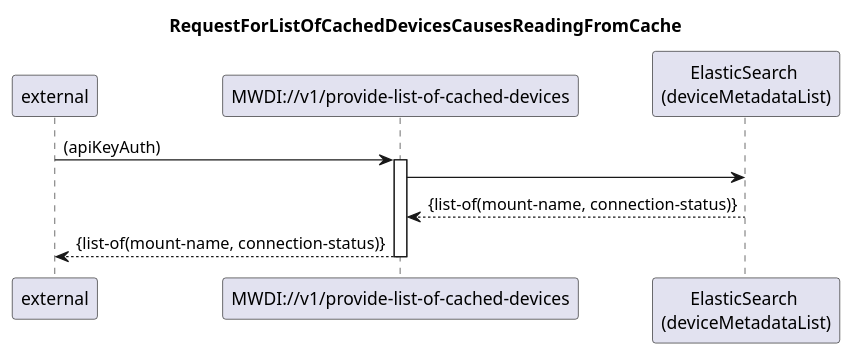
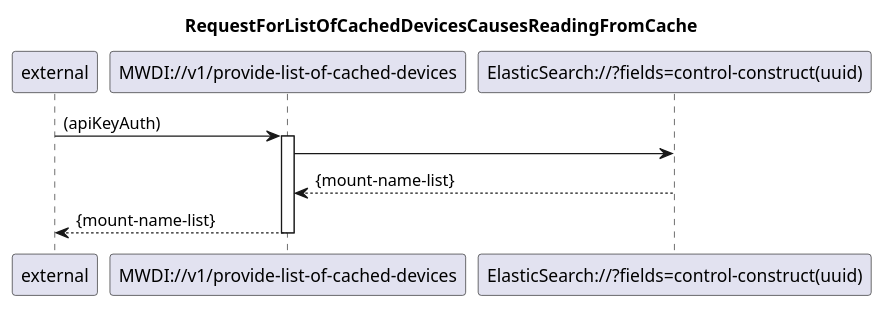
The diagram in spec/diagrams/110_ProvideListOfCachedDevices.plantuml (openBackhaul/MicroWaveDeviceInventory), drawn with PlantUML before and after one commit. The commit also changed other lines of this file and 6 other files, not shown here.

```diff
--- a/spec/diagrams/110_ProvideListOfCachedDevices.plantuml
+++ b/spec/diagrams/110_ProvideListOfCachedDevices.plantuml
@@ -1,19 +1,19 @@
 @startuml 110_ProvideListOfCachedDevices
 skinparam responseMessageBelowArrow true
 
 title RequestForListOfCachedDevicesCausesReadingFromCache
 
 participant "external" as requestor
 participant "MWDI://v1/provide-list-of-cached-devices" as mwdi
-participant "ElasticSearch \n(deviceMetadataList)" as deviceList
+participant "ElasticSearch://?fields=control-construct(uuid)" as cache
 
 requestor -> mwdi: (apiKeyAuth)
 activate mwdi
 
-mwdi -> deviceList
-deviceList --> mwdi: {list-of(mount-name, connection-status)}
+mwdi -> cache
+cache --> mwdi: {mount-name-list}
 
-mwdi --> requestor: {list-of(mount-name, connection-status)}
+mwdi --> requestor: {mount-name-list}
 deactivate mwdi
 
 @enduml
```
